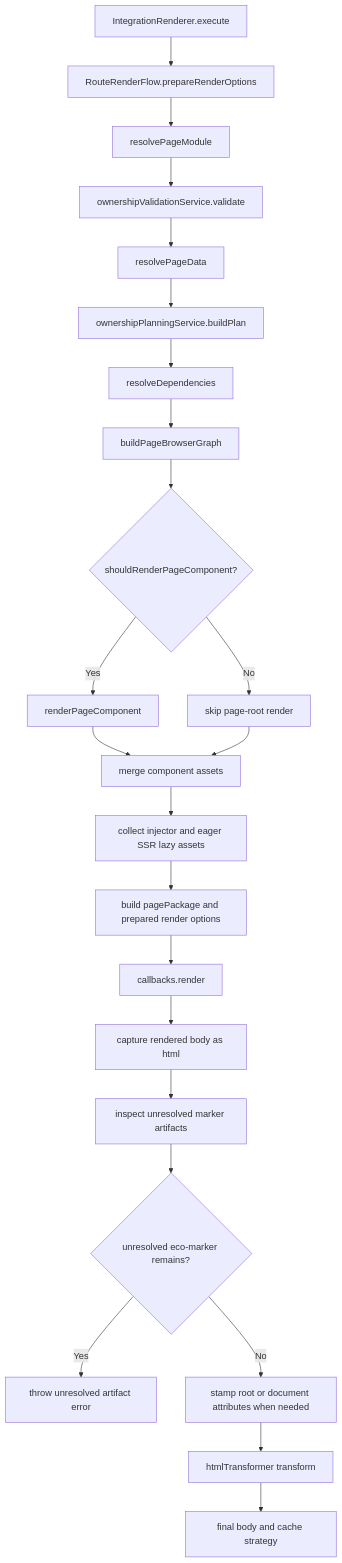
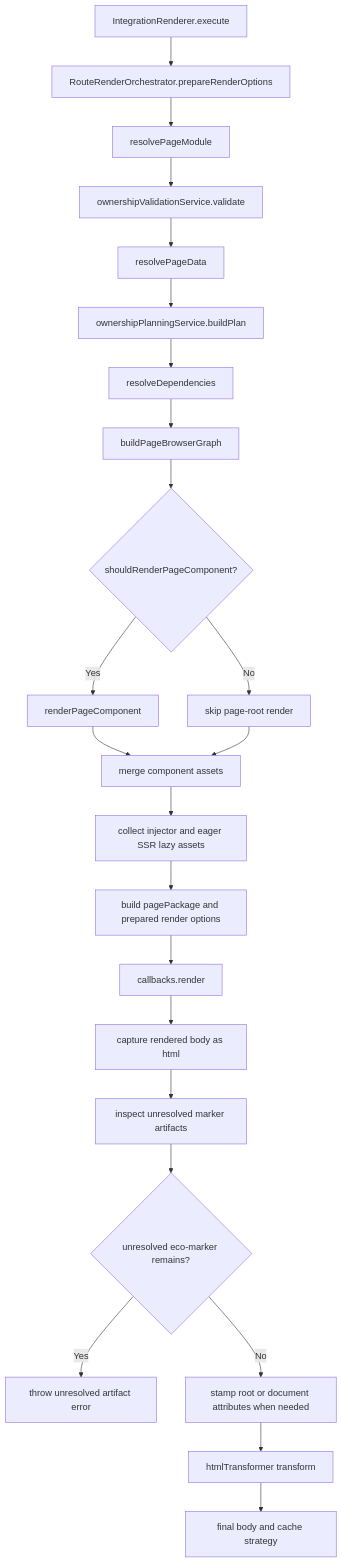
The second of 5 diagrams in packages/core/src/route-renderer/GRAPH.md (ecopages/ecopages), drawn with Mermaid before and after one commit. The commit also changed other lines of this file and 8 other files, not shown here.

````diff
--- a/packages/core/src/route-renderer/GRAPH.md
+++ b/packages/core/src/route-renderer/GRAPH.md
@@ -38,25 +38,25 @@
 ```mermaid
 flowchart TD
-  A[IntegrationRenderer.execute] --> B[RouteRenderFlow.prepareRenderOptions]
+  A[IntegrationRenderer.execute] --> B[RouteRenderOrchestrator.prepareRenderOptions]
   B --> C[resolvePageModule]
   C --> D[ownershipValidationService.validate]
   D --> E[resolvePageData]
   E --> F[ownershipPlanningService.buildPlan]
   F --> G[resolveDependencies]
   G --> H[buildPageBrowserGraph]
   H --> I{shouldRenderPageComponent?}
   I -- Yes --> J[renderPageComponent]
   I -- No --> K[skip page-root render]
   J --> L[merge component assets]
   K --> L
   L --> M[collect injector and eager SSR lazy assets]
   M --> N[build pagePackage and prepared render options]
   N --> O[callbacks.render]
   O --> P[capture rendered body as html]
   P --> Q[inspect unresolved marker artifacts]
   Q --> R{unresolved eco-marker remains?}
   R -- Yes --> S[throw unresolved artifact error]
   R -- No --> T[stamp root or document attributes when needed]
   T --> U[htmlTransformer transform]
   U --> V[final body and cache strategy]
 ```
````
